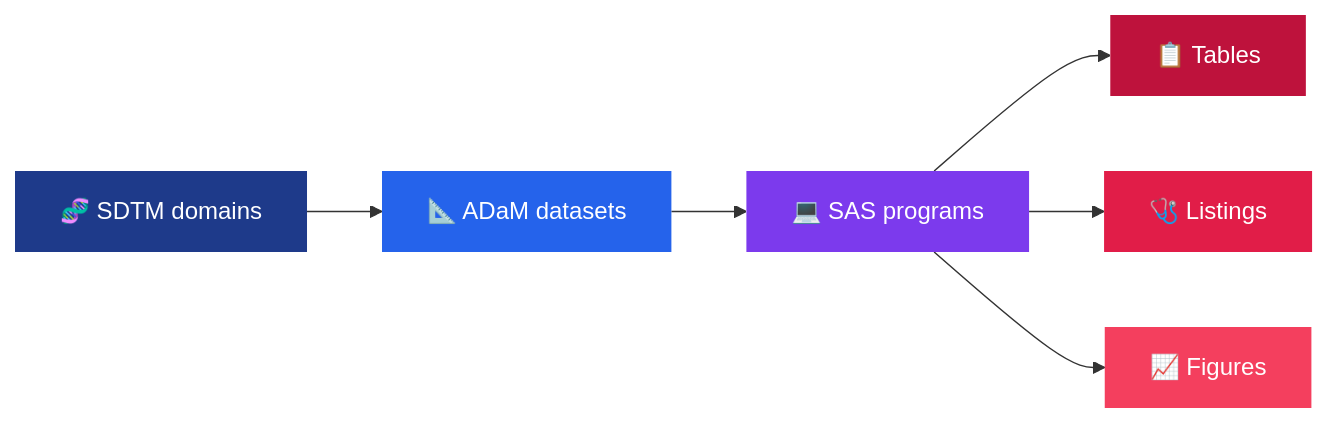
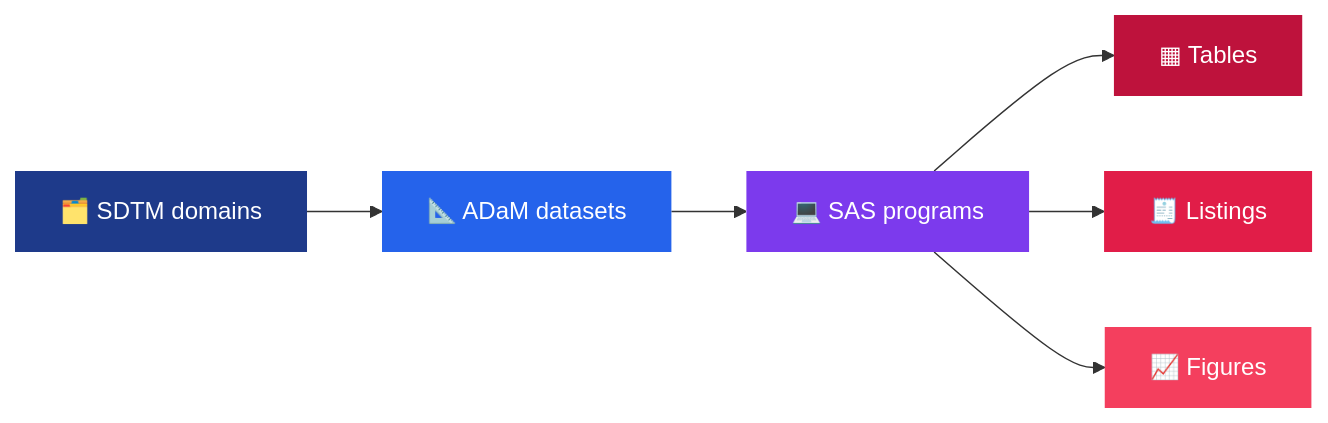
Before and after one commit to AnsaniaSalam/Oncology-Immunotherapy-Phase1-SAS-Clinical_Data_Analysis-TLFs: the diagram in README.md, drawn with Mermaid. The commit also changed other lines of this file, not shown here.

````diff
--- a/README.md
+++ b/README.md
@@ -53,14 +49,14 @@
 ```mermaid
 flowchart LR
-    A[🧬 SDTM domains] --> B[📐 ADaM datasets]
+    A[🗂️ SDTM domains] --> B[📐 ADaM datasets]
     B --> C[💻 SAS programs]
-    C --> D[📋 Tables]
-    C --> E[🩺 Listings]
+    C --> D[▦ Tables]
+    C --> E[🧾 Listings]
     C --> F[📈 Figures]
     style A fill:#1E3A8A,color:#fff,stroke:none
     style B fill:#2563EB,color:#fff,stroke:none
     style C fill:#7C3AED,color:#fff,stroke:none
     style D fill:#BE123C,color:#fff,stroke:none
     style E fill:#E11D48,color:#fff,stroke:none
     style F fill:#F43F5E,color:#fff,stroke:none
 ```
````
